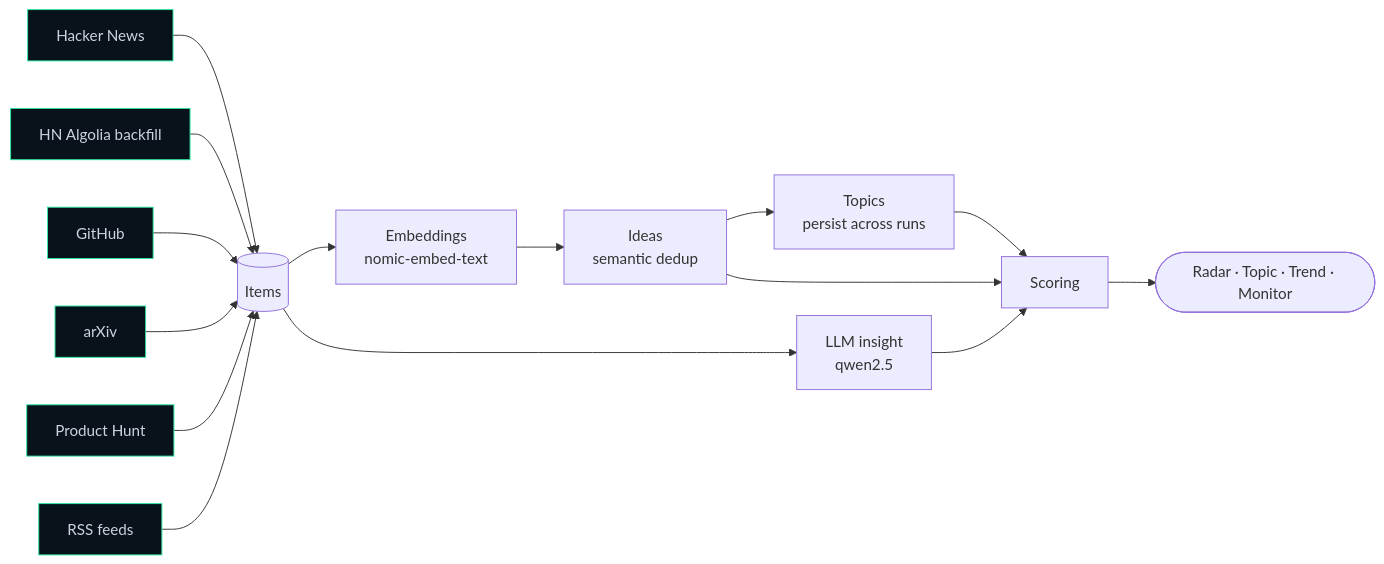
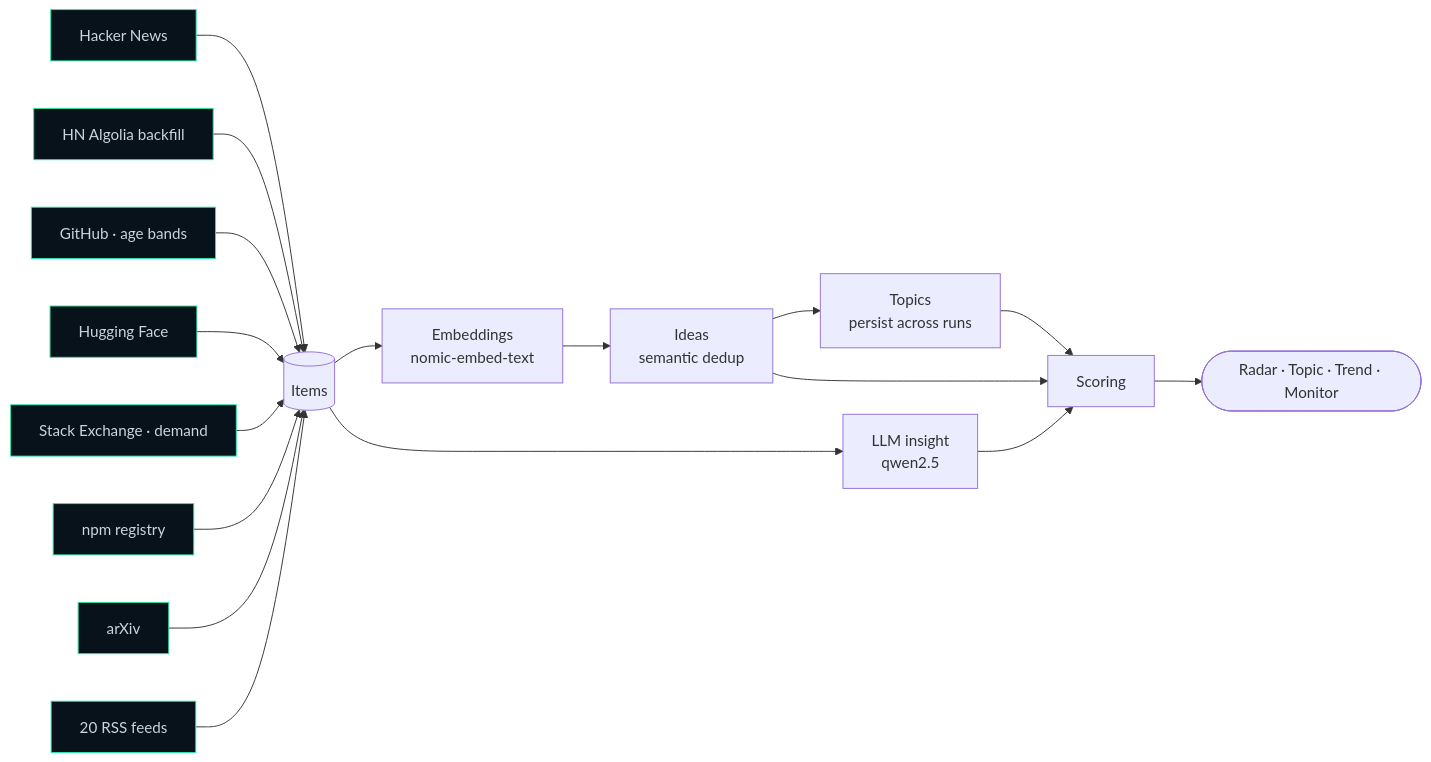
Before and after one commit to DanieleGiovanardi2408/idea-radar: the diagram in README.md, drawn with Mermaid. The commit also changed other lines of this file and 9 other files, not shown here.

First line of the commit message:
feat: tre fonti nuove — Hugging Face, Stack Exchange, npm

````diff
--- a/README.md
+++ b/README.md
@@ -31,18 +31,20 @@
 ```mermaid
 flowchart LR
     HN[Hacker News]:::src --> Items[(Items)]
     HNA[HN Algolia backfill]:::src --> Items
-    GH[GitHub]:::src --> Items
+    GH[GitHub · age bands]:::src --> Items
+    HF[Hugging Face]:::src --> Items
+    SE[Stack Exchange · demand]:::src --> Items
+    NPM[npm registry]:::src --> Items
     ARX[arXiv]:::src --> Items
-    PH[Product Hunt]:::src --> Items
-    RSS[RSS feeds]:::src --> Items
+    RSS[20 RSS feeds]:::src --> Items
     Items --> Emb[Embeddings<br/>nomic-embed-text]
     Emb --> Ideas[Ideas<br/>semantic dedup]
     Ideas --> Topics[Topics<br/>persist across runs]
     Items --> LLM[LLM insight<br/>qwen2.5]
     Ideas --> Score[Scoring]
     LLM --> Score
     Topics --> Score
     Score --> UI([Radar · Topic · Trend · Monitor])
     classDef src fill:#08121b,stroke:#2ee8a2,color:#cbd5e1;
 ```
````
